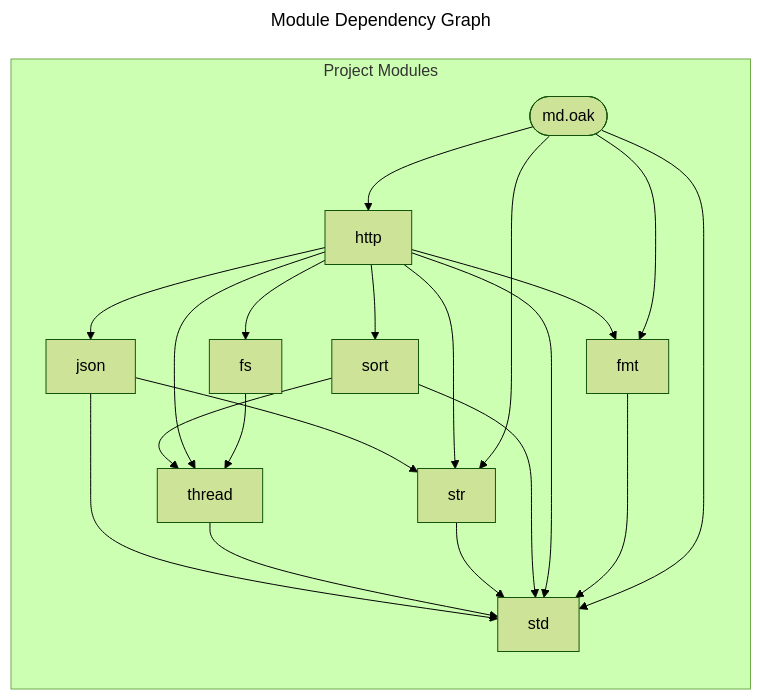
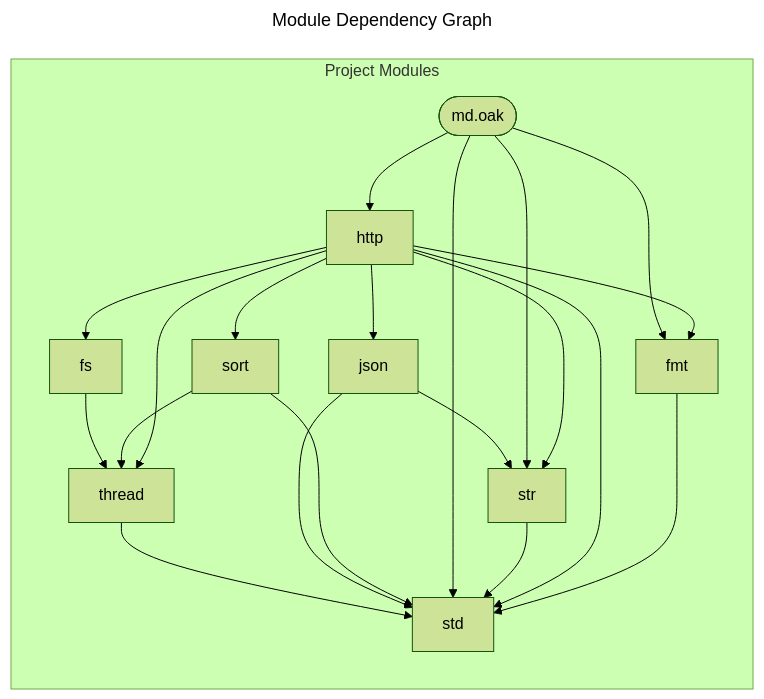
Before and after one commit to SpcFORK/magnolia: the diagram in docs/spec/md.mmd, drawn with Mermaid (forest theme). The commit also changed other lines of this file and 184 other files, not shown here.

```diff
--- a/docs/spec/md.mmd
+++ b/docs/spec/md.mmd
@@ -1,34 +1,34 @@
 ---
 title: Module Dependency Graph
 ---
 flowchart LR
     subgraph project_modules ["Project Modules"]
-        std["std"]
+        fs["fs"]
+        thread["thread"]
         json["json"]
-        thread["thread"]
+        sort["sort"]
+        lib_md_oak(["md.oak"])
         str["str"]
-        sort["sort"]
         http["http"]
         fmt["fmt"]
-        lib_md_oak(["md.oak"])
-        fs["fs"]
+        std["std"]
     end
+    fs --> thread
+    thread --> std
     json --> std
     json --> str
-    thread --> std
-    str --> std
     sort --> std
     sort --> thread
+    lib_md_oak --> std
+    lib_md_oak --> str
+    lib_md_oak --> fmt
+    lib_md_oak --> http
+    str --> std
     http --> std
     http --> str
     http --> fs
     http --> fmt
     http --> sort
     http --> json
     http --> thread
     fmt --> std
-    lib_md_oak --> std
-    lib_md_oak --> str
-    lib_md_oak --> fmt
-    lib_md_oak --> http
-    fs --> thread
```
